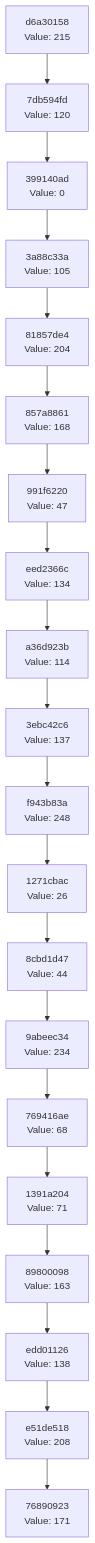
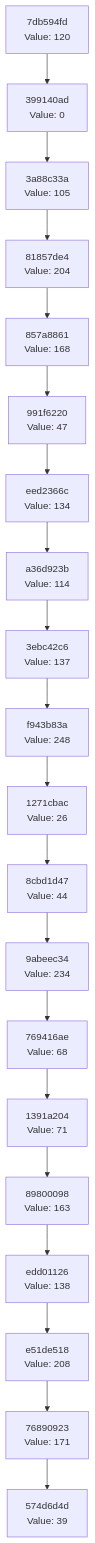
Before and after one commit to Abhisheksinha1506/hash-chain-evolver: the diagram in docs/CHAIN_VISUALIZATION.md, drawn with Mermaid. The commit also changed 1 other file, not shown here.

Commit message:
Evolution Step

````diff
--- a/docs/CHAIN_VISUALIZATION.md
+++ b/docs/CHAIN_VISUALIZATION.md
@@ -3,42 +3,42 @@
 ```mermaid
 graph TD
-    C0["76890923<br/>Value: 171"]
-    C1["e51de518<br/>Value: 208"]
+    C0["574d6d4d<br/>Value: 39"]
+    C1["76890923<br/>Value: 171"]
     C1 --> C0
-    C2["edd01126<br/>Value: 138"]
+    C2["e51de518<br/>Value: 208"]
     C2 --> C1
-    C3["89800098<br/>Value: 163"]
+    C3["edd01126<br/>Value: 138"]
     C3 --> C2
-    C4["1391a204<br/>Value: 71"]
+    C4["89800098<br/>Value: 163"]
     C4 --> C3
-    C5["769416ae<br/>Value: 68"]
+    C5["1391a204<br/>Value: 71"]
     C5 --> C4
-    C6["9abeec34<br/>Value: 234"]
+    C6["769416ae<br/>Value: 68"]
     C6 --> C5
-    C7["8cbd1d47<br/>Value: 44"]
+    C7["9abeec34<br/>Value: 234"]
     C7 --> C6
-    C8["1271cbac<br/>Value: 26"]
+    C8["8cbd1d47<br/>Value: 44"]
     C8 --> C7
-    C9["f943b83a<br/>Value: 248"]
+    C9["1271cbac<br/>Value: 26"]
     C9 --> C8
-    C10["3ebc42c6<br/>Value: 137"]
+    C10["f943b83a<br/>Value: 248"]
     C10 --> C9
-    C11["a36d923b<br/>Value: 114"]
+    C11["3ebc42c6<br/>Value: 137"]
     C11 --> C10
-    C12["eed2366c<br/>Value: 134"]
+    C12["a36d923b<br/>Value: 114"]
     C12 --> C11
-    C13["991f6220<br/>Value: 47"]
+    C13["eed2366c<br/>Value: 134"]
     C13 --> C12
-    C14["857a8861<br/>Value: 168"]
+    C14["991f6220<br/>Value: 47"]
     C14 --> C13
-    C15["81857de4<br/>Value: 204"]
+    C15["857a8861<br/>Value: 168"]
     C15 --> C14
-    C16["3a88c33a<br/>Value: 105"]
+    C16["81857de4<br/>Value: 204"]
     C16 --> C15
-    C17["399140ad<br/>Value: 0"]
+    C17["3a88c33a<br/>Value: 105"]
     C17 --> C16
-    C18["7db594fd<br/>Value: 120"]
+    C18["399140ad<br/>Value: 0"]
     C18 --> C17
-    C19["d6a30158<br/>Value: 215"]
+    C19["7db594fd<br/>Value: 120"]
     C19 --> C18
 ```
````
